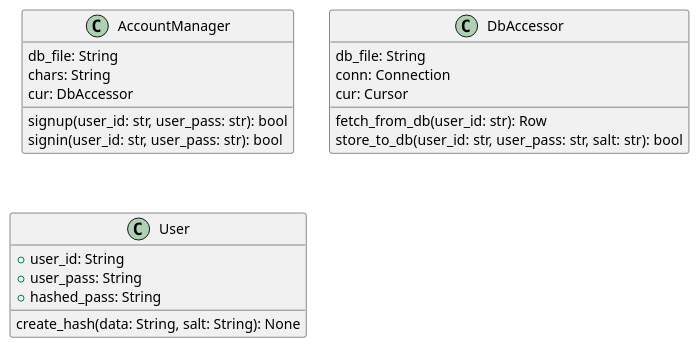
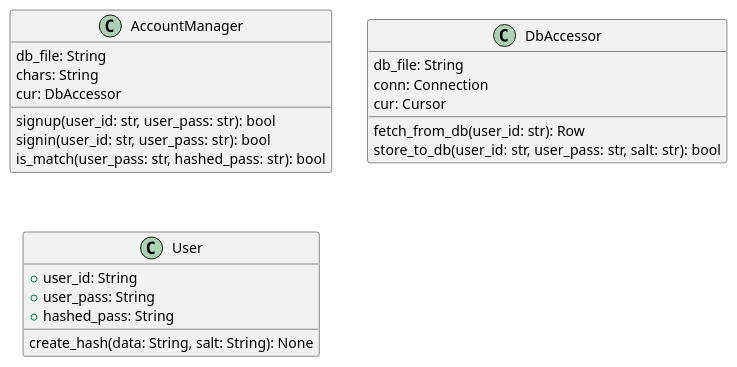
One commit to mitty1293/learn_python changed the diagram in UML/ver2_class_figure.pu. Above: the diagram before and after it, drawn with PlantUML.

Commit message:
クラス図作成

```diff
--- a/UML/ver2_class_figure.pu
+++ b/UML/ver2_class_figure.pu
@@ -1,22 +1,23 @@
 @startuml
 Class AccountManager {
 	db_file: String
     chars: String
     cur: DbAccessor
     signup(user_id: str, user_pass: str): bool
     signin(user_id: str, user_pass: str): bool
+    is_match(user_pass: str, hashed_pass: str): bool
 }
 Class DbAccessor {
 	db_file: String
     conn: Connection
     cur: Cursor
     fetch_from_db(user_id: str): Row
     store_to_db(user_id: str, user_pass: str, salt: str): bool
 }
 Class User {
     + user_id: String
     + user_pass: String
     + hashed_pass: String
     create_hash(data: String, salt: String): None
 }
 @enduml
```
